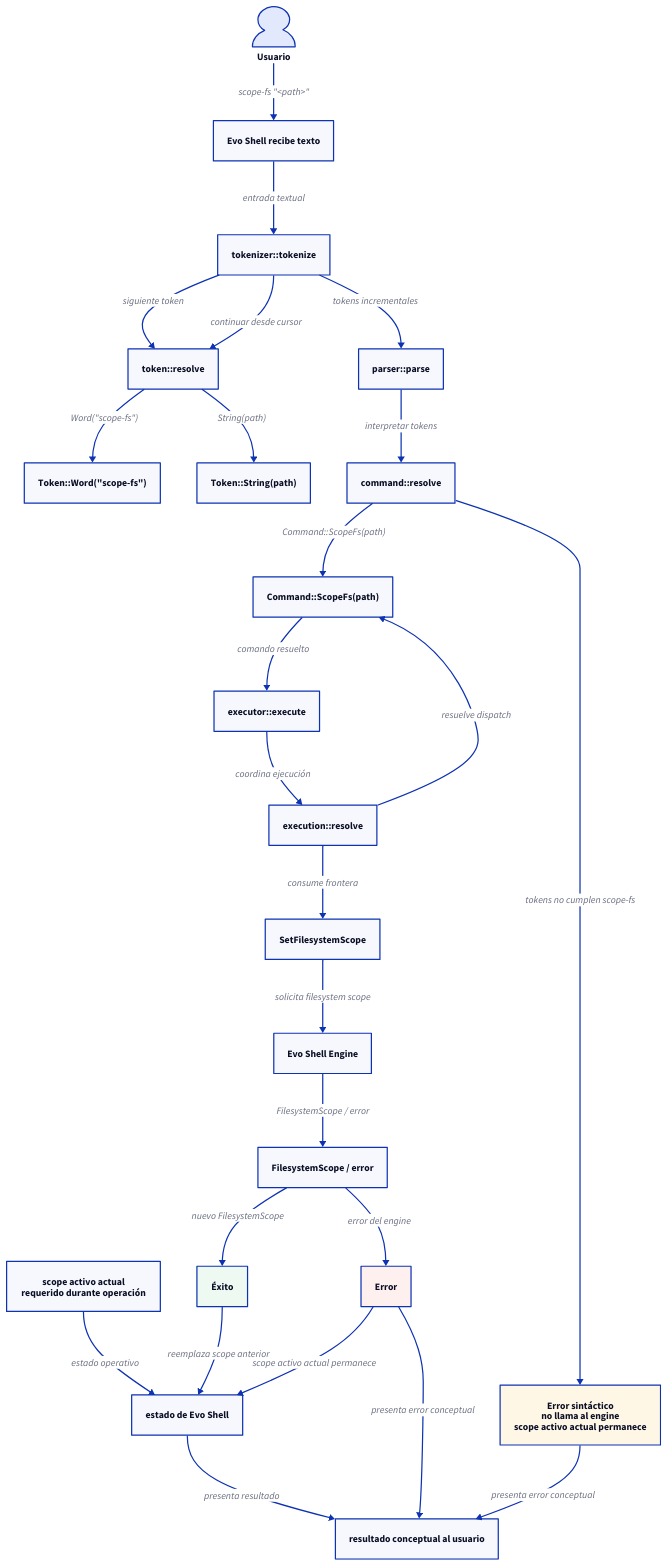
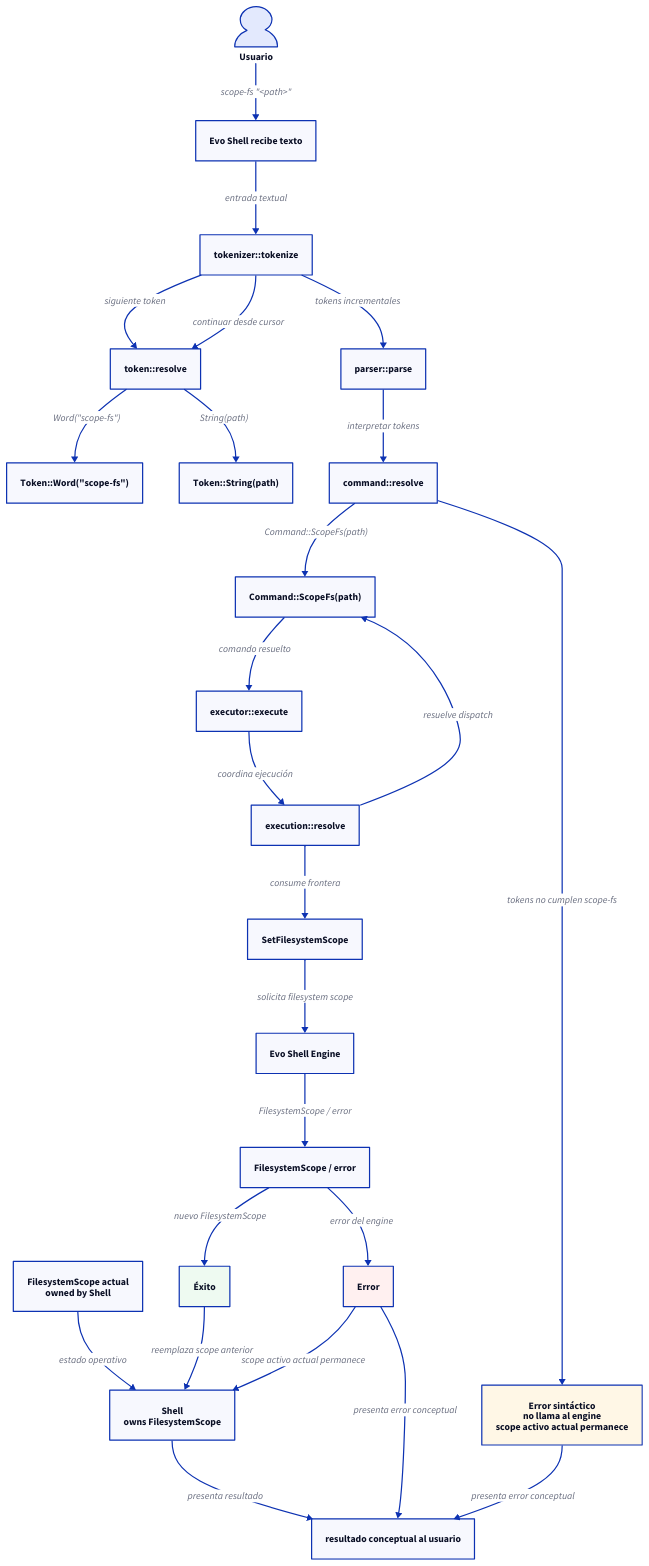
One commit to niqel/evolution changed the diagram in evo-shell/technical_documentation/use_cases/UC-001-set-filesystem-scope-command/sequence.d2. Above: the diagram before and after it, drawn with D2. The commit also changed 10 other files, not shown here.

Commit message:
docs: define shell initialization architecture

```diff
--- a/evo-shell/technical_documentation/use_cases/UC-001-set-filesystem-scope-command/sequence.d2
+++ b/evo-shell/technical_documentation/use_cases/UC-001-set-filesystem-scope-command/sequence.d2
@@ -1,112 +1,112 @@
 direction: down
 
 usuario: "Usuario" {
   shape: person
 }
 
 evo_shell: "Evo Shell recibe texto" {
   shape: rectangle
 }
 
 tokenizer: "tokenizer::tokenize" {
   shape: rectangle
 }
 
 token_resolver: "token::resolve" {
   shape: rectangle
 }
 
 word_token: "Token::Word(\"scope-fs\")" {
   shape: rectangle
 }
 
 string_token: "Token::String(path)" {
   shape: rectangle
 }
 
 parser: "parser::parse" {
   shape: rectangle
 }
 
 command_resolver: "command::resolve" {
   shape: rectangle
 }
 
 command: "Command::ScopeFs(path)" {
   shape: rectangle
 }
 
 executor: "executor::execute" {
   shape: rectangle
 }
 
 execution_resolver: "execution::resolve" {
   shape: rectangle
 }
 
 set_filesystem_scope: "SetFilesystemScope" {
   shape: rectangle
 }
 
 engine: "Evo Shell Engine" {
   shape: rectangle
 }
 
 engine_result: "FilesystemScope / error" {
   shape: rectangle
 }
 
-shell_state: "estado de Evo Shell" {
+shell: "Shell\nowns FilesystemScope" {
   shape: rectangle
 }
 
-current_scope: "scope activo actual\nrequerido durante operación" {
+current_scope: "FilesystemScope actual\nowned by Shell" {
   shape: rectangle
 }
 
 presentation: "resultado conceptual al usuario" {
   shape: rectangle
 }
 
 usuario -> evo_shell: "scope-fs \"<path>\""
-current_scope -> shell_state: "estado operativo"
+current_scope -> shell: "estado operativo"
 evo_shell -> tokenizer: "entrada textual"
 tokenizer -> token_resolver: "siguiente token"
 token_resolver -> word_token: "Word(\"scope-fs\")"
 tokenizer -> token_resolver: "continuar desde cursor"
 token_resolver -> string_token: "String(path)"
 tokenizer -> parser: "tokens incrementales"
 parser -> command_resolver: "interpretar tokens"
 command_resolver -> command: "Command::ScopeFs(path)"
 command -> executor: "comando resuelto"
 executor -> execution_resolver: "coordina ejecución"
 execution_resolver -> command: "resuelve dispatch"
 execution_resolver -> set_filesystem_scope: "consume frontera"
 set_filesystem_scope -> engine: "solicita filesystem scope"
 engine -> engine_result: "FilesystemScope / error"
 
 success: "Éxito" {
   shape: rectangle
   style.fill: "#eefaf1"
 }
 
 error: "Error" {
   shape: rectangle
   style.fill: "#fff0f0"
 }
 
 engine_result -> success: "nuevo FilesystemScope"
-success -> shell_state: "reemplaza scope anterior"
-shell_state -> presentation: "presenta resultado"
+success -> shell: "reemplaza scope anterior"
+shell -> presentation: "presenta resultado"
 
 engine_result -> error: "error del engine"
-error -> shell_state: "scope activo actual permanece"
+error -> shell: "scope activo actual permanece"
 error -> presentation: "presenta error conceptual"
 
 syntax_error: "Error sintáctico\nno llama al engine\nscope activo actual permanece" {
   shape: rectangle
   style.fill: "#fff7e6"
 }
 
 command_resolver -> syntax_error: "tokens no cumplen scope-fs"
 syntax_error -> presentation: "presenta error conceptual"
```
